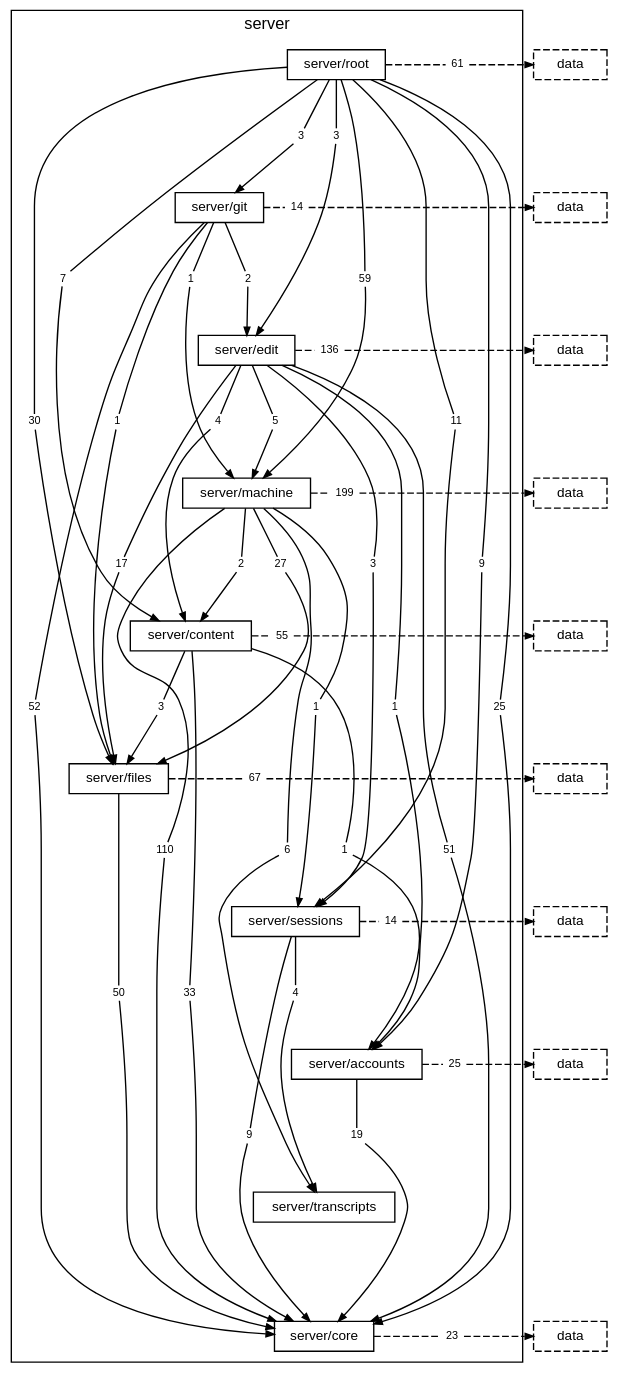
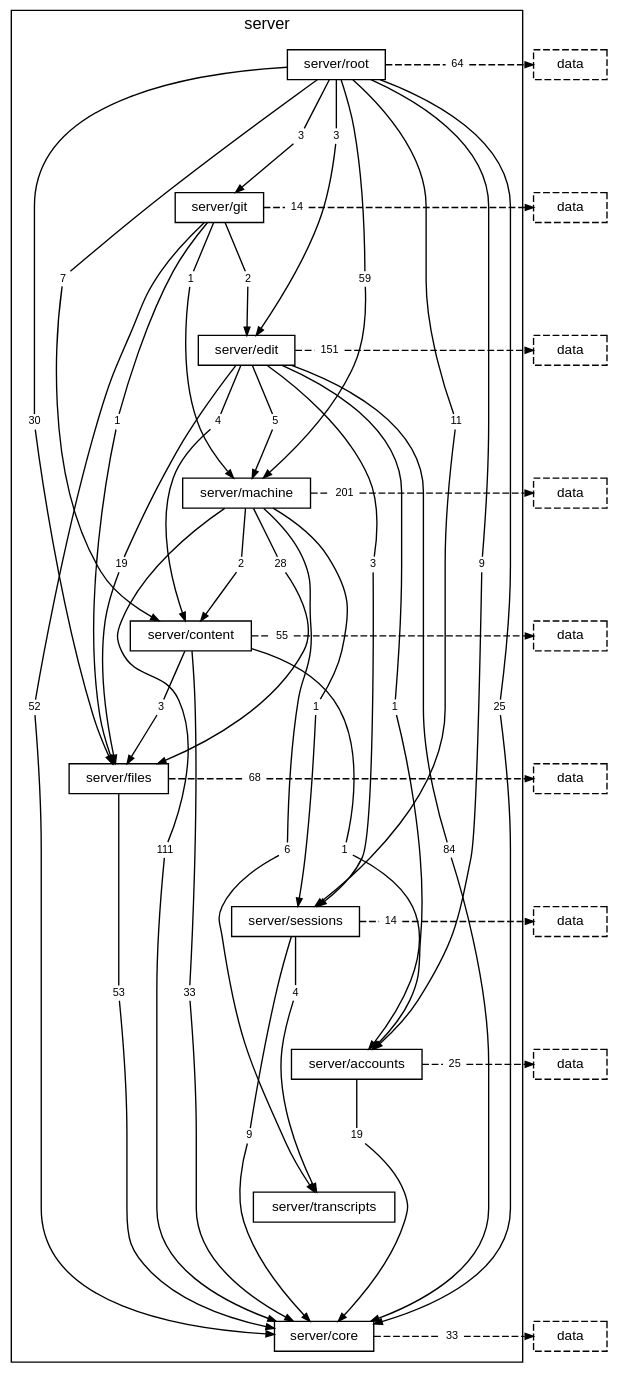
One commit to TheAxeC/oculus changed the diagram in docs/diagrams/layer-server.dot. Above: the diagram before and after it, drawn with Graphviz. The commit also changed 233 other files, not shown here.

```diff
--- a/docs/diagrams/layer-server.dot
+++ b/docs/diagrams/layer-server.dot
@@ -22,7 +22,7 @@
         "folder server/root to folder server/git" [label="3", shape=box, color="transparent", fontsize=8, width=0, height=0, margin="0.04,0.02"];
         "folder server/root to folder server/machine" [label="59", shape=box, color="transparent", fontsize=8, width=0, height=0, margin="0.04,0.02"];
         "folder server/root to folder server/sessions" [label="11", shape=box, color="transparent", fontsize=8, width=0, height=0, margin="0.04,0.02"];
-        "folder server/root to layer data" [label="61", shape=box, color="transparent", fontsize=8, width=0, height=0, margin="0.04,0.02"];
+        "folder server/root to layer data" [label="64", shape=box, color="transparent", fontsize=8, width=0, height=0, margin="0.04,0.02"];
         "folder server/git to folder server/core" [label="52", shape=box, color="transparent", fontsize=8, width=0, height=0, margin="0.04,0.02"];
         "folder server/git to folder server/edit" [label="2", shape=box, color="transparent", fontsize=8, width=0, height=0, margin="0.04,0.02"];
         "folder server/git to folder server/files" [label="1", shape=box, color="transparent", fontsize=8, width=0, height=0, margin="0.04,0.02"];
@@ -30,29 +30,29 @@
         "folder server/git to layer data" [label="14", shape=box, color="transparent", fontsize=8, width=0, height=0, margin="0.04,0.02"];
         "folder server/edit to folder server/accounts" [label="1", shape=box, color="transparent", fontsize=8, width=0, height=0, margin="0.04,0.02"];
         "folder server/edit to folder server/content" [label="4", shape=box, color="transparent", fontsize=8, width=0, height=0, margin="0.04,0.02"];
-        "folder server/edit to folder server/core" [label="51", shape=box, color="transparent", fontsize=8, width=0, height=0, margin="0.04,0.02"];
-        "folder server/edit to folder server/files" [label="17", shape=box, color="transparent", fontsize=8, width=0, height=0, margin="0.04,0.02"];
+        "folder server/edit to folder server/core" [label="84", shape=box, color="transparent", fontsize=8, width=0, height=0, margin="0.04,0.02"];
+        "folder server/edit to folder server/files" [label="19", shape=box, color="transparent", fontsize=8, width=0, height=0, margin="0.04,0.02"];
         "folder server/edit to folder server/machine" [label="5", shape=box, color="transparent", fontsize=8, width=0, height=0, margin="0.04,0.02"];
         "folder server/edit to folder server/sessions" [label="3", shape=box, color="transparent", fontsize=8, width=0, height=0, margin="0.04,0.02"];
-        "folder server/edit to layer data" [label="136", shape=box, color="transparent", fontsize=8, width=0, height=0, margin="0.04,0.02"];
+        "folder server/edit to layer data" [label="151", shape=box, color="transparent", fontsize=8, width=0, height=0, margin="0.04,0.02"];
         "folder server/machine to folder server/content" [label="2", shape=box, color="transparent", fontsize=8, width=0, height=0, margin="0.04,0.02"];
-        "folder server/machine to folder server/core" [label="110", shape=box, color="transparent", fontsize=8, width=0, height=0, margin="0.04,0.02"];
-        "folder server/machine to folder server/files" [label="27", shape=box, color="transparent", fontsize=8, width=0, height=0, margin="0.04,0.02"];
+        "folder server/machine to folder server/core" [label="111", shape=box, color="transparent", fontsize=8, width=0, height=0, margin="0.04,0.02"];
+        "folder server/machine to folder server/files" [label="28", shape=box, color="transparent", fontsize=8, width=0, height=0, margin="0.04,0.02"];
         "folder server/machine to folder server/sessions" [label="1", shape=box, color="transparent", fontsize=8, width=0, height=0, margin="0.04,0.02"];
         "folder server/machine to folder server/transcripts" [label="6", shape=box, color="transparent", fontsize=8, width=0, height=0, margin="0.04,0.02"];
-        "folder server/machine to layer data" [label="199", shape=box, color="transparent", fontsize=8, width=0, height=0, margin="0.04,0.02"];
+        "folder server/machine to layer data" [label="201", shape=box, color="transparent", fontsize=8, width=0, height=0, margin="0.04,0.02"];
         "folder server/content to folder server/accounts" [label="1", shape=box, color="transparent", fontsize=8, width=0, height=0, margin="0.04,0.02"];
         "folder server/content to folder server/core" [label="33", shape=box, color="transparent", fontsize=8, width=0, height=0, margin="0.04,0.02"];
         "folder server/content to folder server/files" [label="3", shape=box, color="transparent", fontsize=8, width=0, height=0, margin="0.04,0.02"];
         "folder server/content to layer data" [label="55", shape=box, color="transparent", fontsize=8, width=0, height=0, margin="0.04,0.02"];
-        "folder server/files to folder server/core" [label="50", shape=box, color="transparent", fontsize=8, width=0, height=0, margin="0.04,0.02"];
-        "folder server/files to layer data" [label="67", shape=box, color="transparent", fontsize=8, width=0, height=0, margin="0.04,0.02"];
+        "folder server/files to folder server/core" [label="53", shape=box, color="transparent", fontsize=8, width=0, height=0, margin="0.04,0.02"];
+        "folder server/files to layer data" [label="68", shape=box, color="transparent", fontsize=8, width=0, height=0, margin="0.04,0.02"];
         "folder server/sessions to folder server/core" [label="9", shape=box, color="transparent", fontsize=8, width=0, height=0, margin="0.04,0.02"];
         "folder server/sessions to folder server/transcripts" [label="4", shape=box, color="transparent", fontsize=8, width=0, height=0, margin="0.04,0.02"];
         "folder server/sessions to layer data" [label="14", shape=box, color="transparent", fontsize=8, width=0, height=0, margin="0.04,0.02"];
         "folder server/accounts to folder server/core" [label="19", shape=box, color="transparent", fontsize=8, width=0, height=0, margin="0.04,0.02"];
         "folder server/accounts to layer data" [label="25", shape=box, color="transparent", fontsize=8, width=0, height=0, margin="0.04,0.02"];
-        "folder server/core to layer data" [label="23", shape=box, color="transparent", fontsize=8, width=0, height=0, margin="0.04,0.02"];
+        "folder server/core to layer data" [label="33", shape=box, color="transparent", fontsize=8, width=0, height=0, margin="0.04,0.02"];
     }
     "layer data from folder server/root" [label="data", style=dashed];
     "layer data from folder server/git" [label="data", style=dashed];
```
